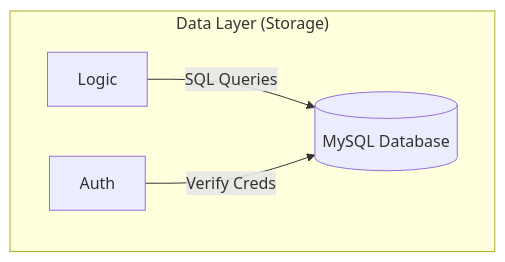
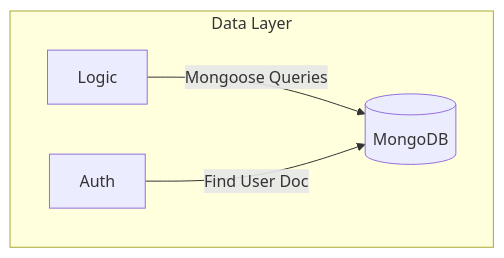
Before and after one commit to arupdhara/arup-demo: the sixth of 6 diagrams in TECHNICAL_ARCHITECTURE.md, drawn with Mermaid. The commit also changed other lines of this file, not shown here.

````diff
--- a/TECHNICAL_ARCHITECTURE.md
+++ b/TECHNICAL_ARCHITECTURE.md
@@ -106,9 +115,9 @@
 ```mermaid
 graph TD
-    subgraph "Data Layer (Storage)"
-        DB[(MySQL Database)]
+    subgraph "Data Layer"
+        DB[( MongoDB)]
         
-        Logic -->|SQL Queries| DB
-        Auth -->|Verify Creds| DB
+        Logic -->|Mongoose Queries| DB
+        Auth -->|Find User Doc| DB
     end
 ```
````
